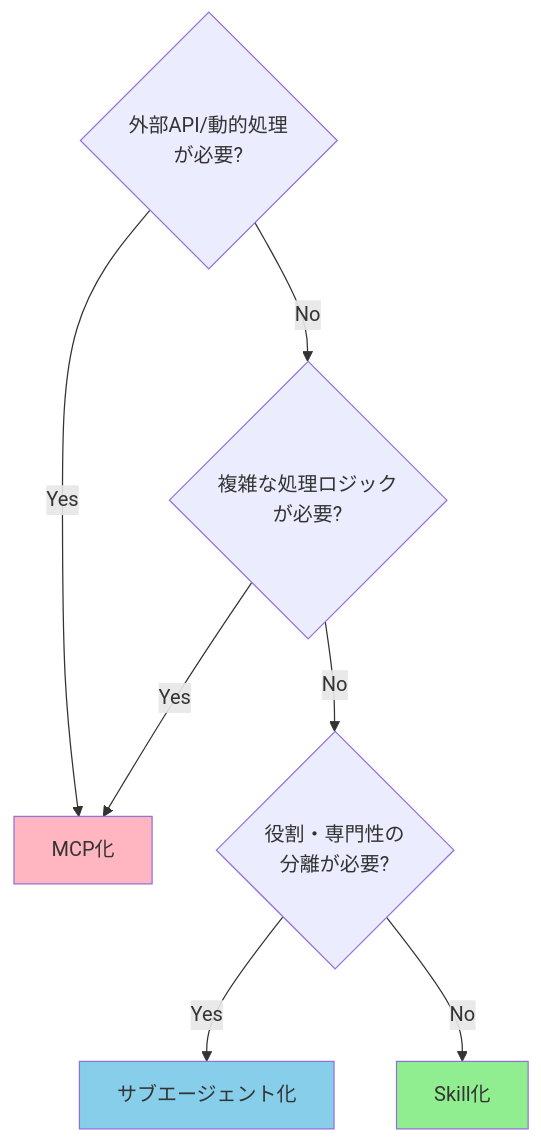
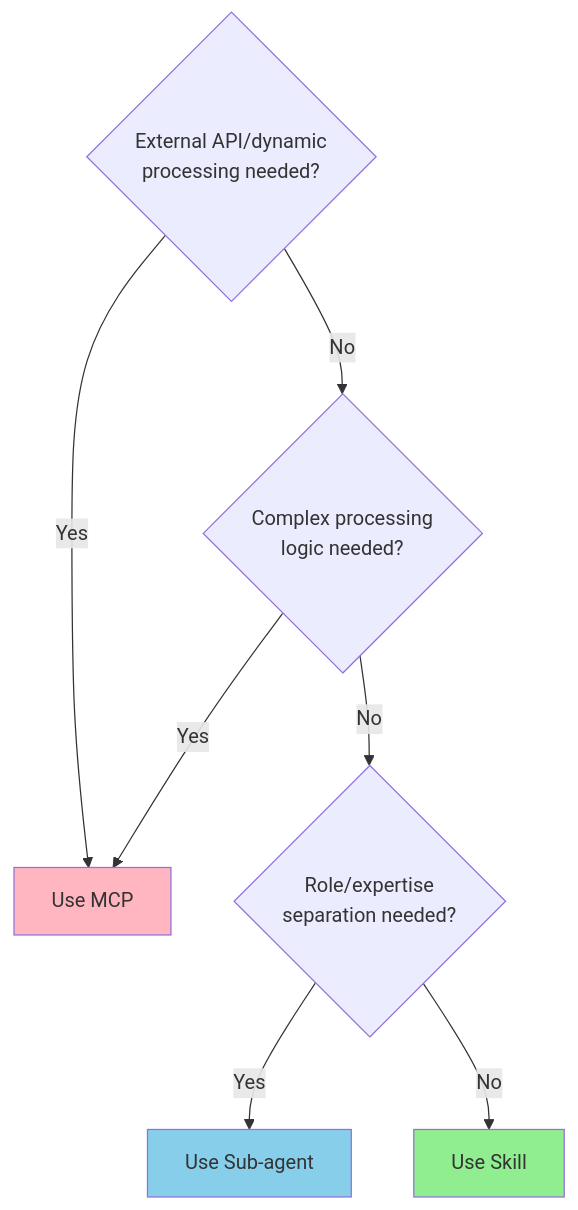
The fifth of 8 diagrams in docs/concepts/03-architecture.md (shuji-bonji/ai-agent-architecture), drawn with Mermaid before and after one commit. The commit also changed other lines of this file and 42 other files, not shown here.

````diff
--- a/docs/concepts/03-architecture.md
+++ b/docs/concepts/03-architecture.md
@@ -251,14 +253,14 @@
 ```mermaid
 graph TB
-    Q1{外部API/動的処理<br/>が必要?}
-    Q1 -->|Yes| MCP[MCP化]
-    Q1 -->|No| Q2{複雑な処理ロジック<br/>が必要?}
+    Q1{External API/dynamic<br/>processing needed?}
+    Q1 -->|Yes| MCP[Use MCP]
+    Q1 -->|No| Q2{Complex processing<br/>logic needed?}
     Q2 -->|Yes| MCP
-    Q2 -->|No| Q3{役割・専門性の<br/>分離が必要?}
-    Q3 -->|Yes| AGENT[サブエージェント化]
-    Q3 -->|No| SKILL[Skill化]
+    Q2 -->|No| Q3{Role/expertise<br/>separation needed?}
+    Q3 -->|Yes| AGENT[Use Sub-agent]
+    Q3 -->|No| SKILL[Use Skill]
 
     style MCP fill:#FFB6C1
     style SKILL fill:#90EE90
     style AGENT fill:#87CEEB
 ```
````
